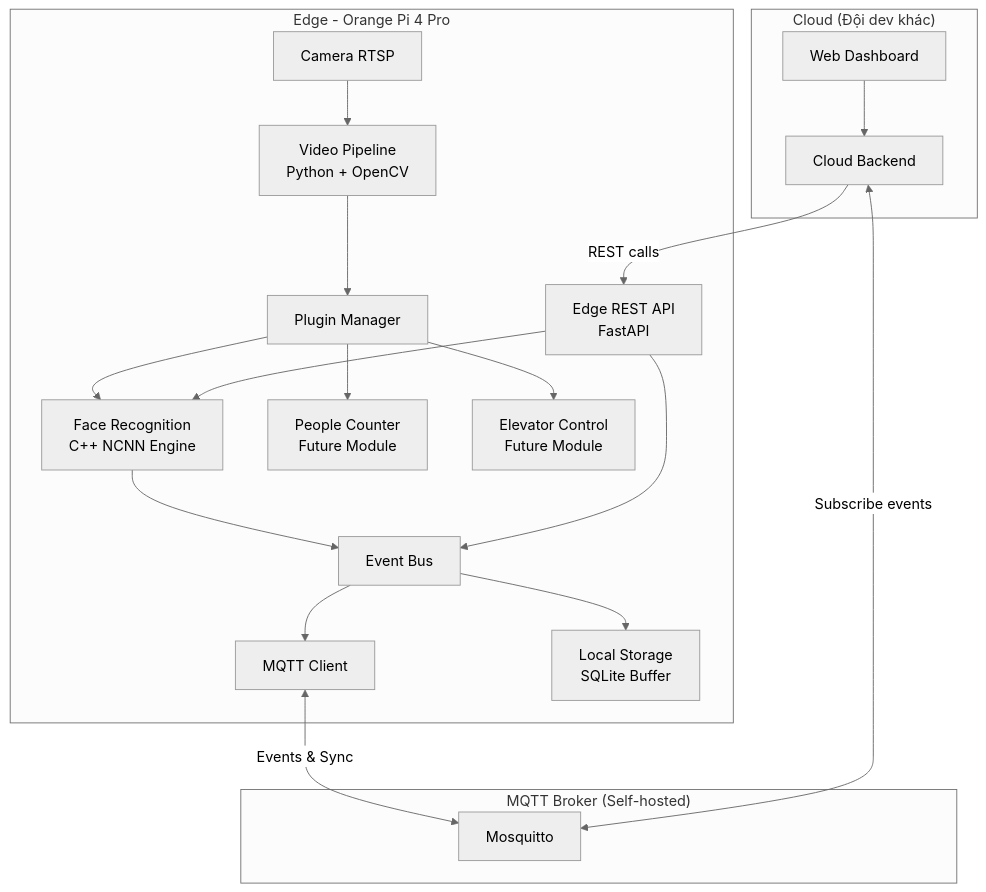
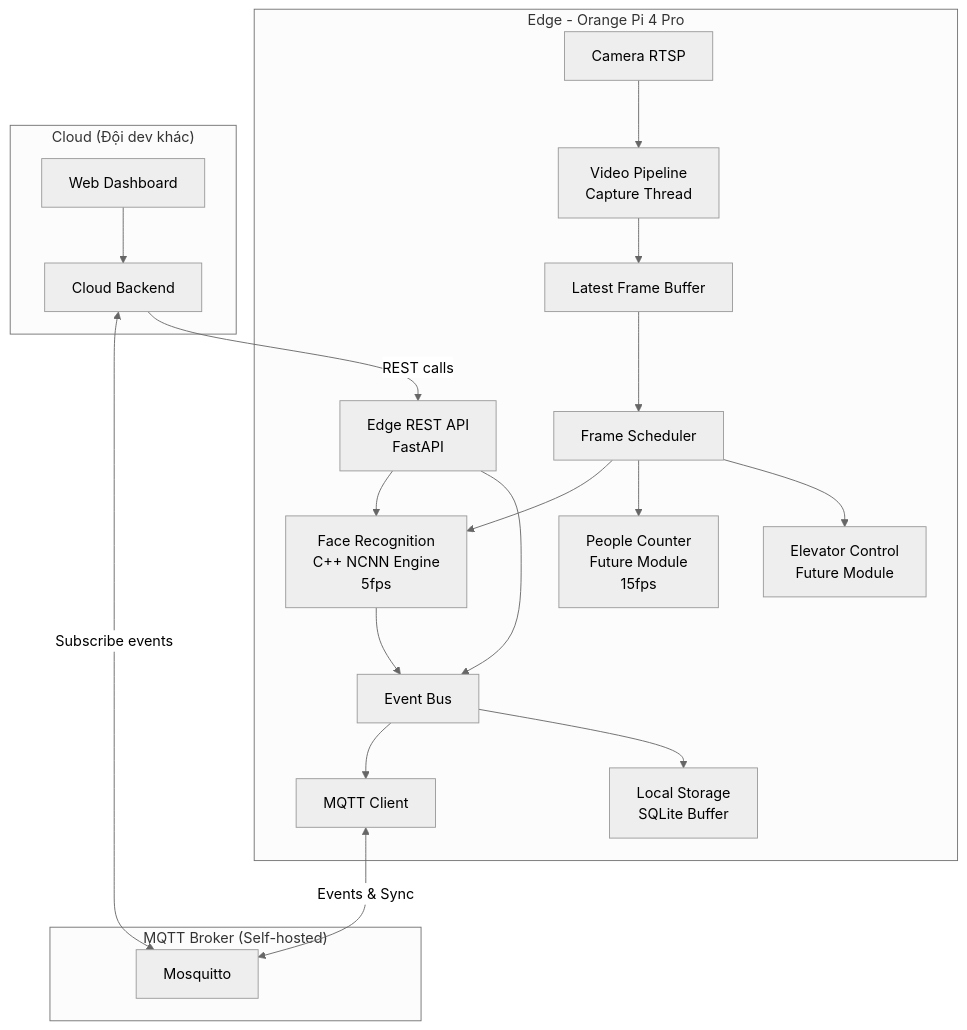
One commit to hiimshyy/ele_vision changed the first of 2 diagrams in docs/implementation_plan.md. Above: the diagram before and after it, drawn with Mermaid (neutral theme). The commit also changed other lines of this file and 1 other file, not shown here.

Commit message:
docs: update plan & README with new architecture (latest frame + scheduler)

````diff
--- a/docs/implementation_plan.md
+++ b/docs/implementation_plan.md
@@ -42,29 +42,30 @@
 ```mermaid
 graph TB
     subgraph "Edge - Orange Pi 4 Pro"
-        CAM[Camera RTSP] --> VP[Video Pipeline<br/>Python + OpenCV]
-        VP --> PM[Plugin Manager]
-        PM --> FR[Face Recognition<br/>C++ NCNN Engine]
-        PM --> PC[People Counter<br/>Future Module]
-        PM --> EC[Elevator Control<br/>Future Module]
+        CAM[Camera RTSP] --> VP[Video Pipeline<br/>Capture Thread]
+        VP --> LF[Latest Frame Buffer]
+        LF --> FS[Frame Scheduler]
+        FS --> FR[Face Recognition<br/>C++ NCNN Engine<br/>5fps]
+        FS --> PC[People Counter<br/>Future Module<br/>15fps]
+        FS --> EC[Elevator Control<br/>Future Module]
         FR --> EB[Event Bus]
         EB --> MQTT_C[MQTT Client]
         EB --> LS[Local Storage<br/>SQLite Buffer]
         API[Edge REST API<br/>FastAPI] --> FR
         API --> EB
     end
 
     subgraph "MQTT Broker (Self-hosted)"
         MQTT_B[Mosquitto]
     end
 
     subgraph "Cloud (Đội dev khác)"
         CLOUD_API[Cloud Backend]
         CLOUD_WEB[Web Dashboard]
     end
 
     MQTT_C <-->|Events & Sync| MQTT_B
     CLOUD_API <-->|Subscribe events| MQTT_B
     CLOUD_API -->|REST calls| API
     CLOUD_WEB --> CLOUD_API
 ```
````
